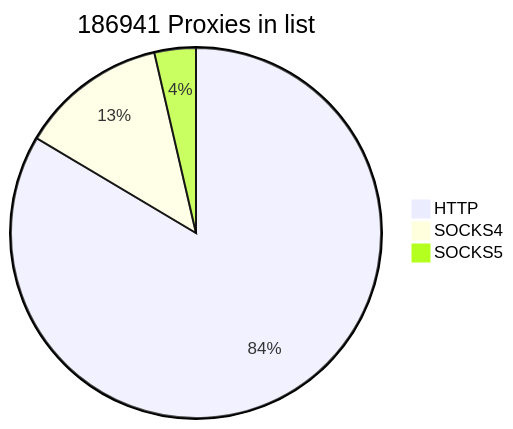
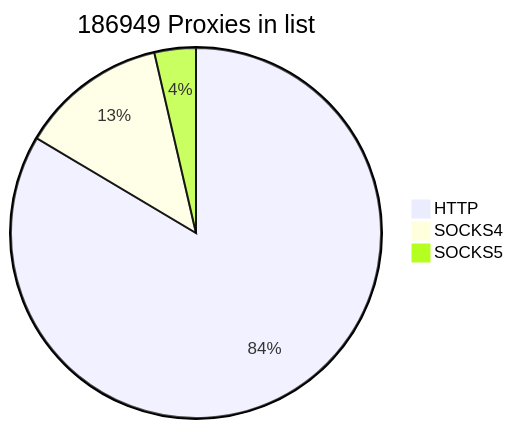
One commit to cutipu/proxylist changed the first of 2 diagrams in README.md. Above: the diagram before and after it, drawn with Mermaid. The commit also changed other lines of this file, not shown here.

````diff
--- a/README.md
+++ b/README.md
@@ -2,7 +2,7 @@
 ```mermaid
-pie title 186941 Proxies in list
-    "HTTP" : 156166
-    "SOCKS4" : 24014
+pie title 186949 Proxies in list
+    "HTTP" : 156173
+    "SOCKS4" : 24015
     "SOCKS5" : 6761
             
 ```
````
